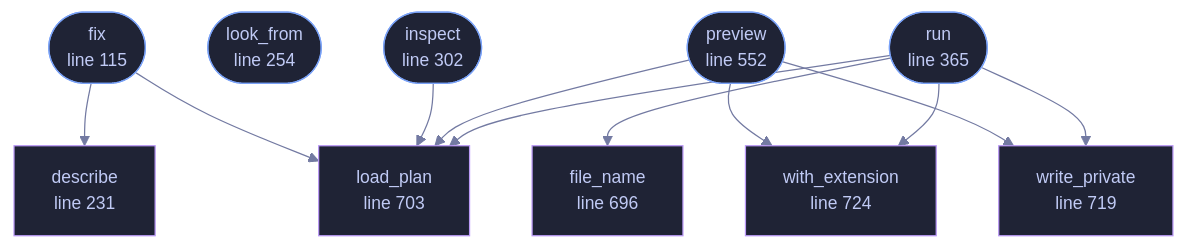
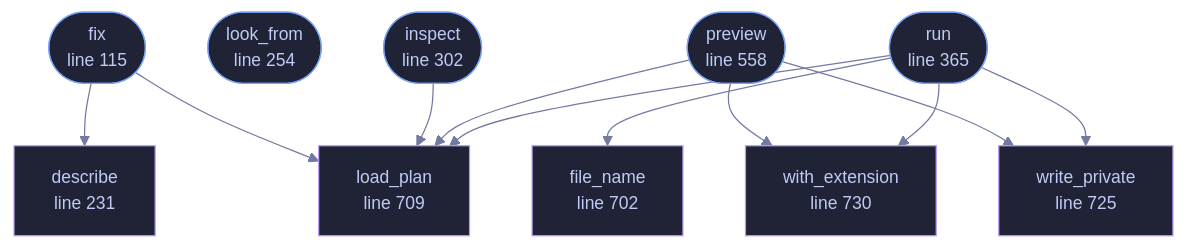
The diagram in docs/files/veilvoice-cli/conversation.md (tilas01/veilvoice), drawn with Mermaid before and after one commit. The commit also changed other lines of this file and 32 other files, not shown here.

````diff
--- a/docs/files/veilvoice-cli/conversation.md
+++ b/docs/files/veilvoice-cli/conversation.md
@@ -124,38 +124,38 @@
 ```mermaid
 %%{init: {"theme":"base","themeVariables":{"background":"#1a1b26","primaryColor":"#1f2335","primaryTextColor":"#c0caf5","primaryBorderColor":"#7aa2f7","secondaryColor":"#16161e","tertiaryColor":"#16161e","lineColor":"#737aa2","textColor":"#c0caf5","mainBkg":"#1f2335","nodeBorder":"#7aa2f7","clusterBkg":"#16161e","clusterBorder":"#2f3549","fontFamily":"ui-monospace, SFMono-Regular, Consolas, monospace","fontSize":"14px"}}}%%
 flowchart TD
     n_fix(["fix<br/>line 115"])
     n_describe["describe<br/>line 231"]
     n_look_from(["look_from<br/>line 254"])
     n_inspect(["inspect<br/>line 302"])
     n_run(["run<br/>line 365"])
-    n_preview(["preview<br/>line 552"])
-    n_file_name["file_name<br/>line 696"]
-    n_load_plan["load_plan<br/>line 703"]
-    n_write_private["write_private<br/>line 719"]
-    n_with_extension["with_extension<br/>line 724"]
+    n_preview(["preview<br/>line 558"])
+    n_file_name["file_name<br/>line 702"]
+    n_load_plan["load_plan<br/>line 709"]
+    n_write_private["write_private<br/>line 725"]
+    n_with_extension["with_extension<br/>line 730"]
     n_fix --> n_describe
     n_fix --> n_load_plan
     n_inspect --> n_load_plan
     n_preview --> n_load_plan
     n_preview --> n_with_extension
     n_preview --> n_write_private
     n_run --> n_file_name
     n_run --> n_load_plan
     n_run --> n_with_extension
     n_run --> n_write_private
     click n_fix href "https://github.com/tilas01/veilvoice/blob/main/crates/veilvoice-cli/src/conversation.rs#L115" "open the source"
     click n_describe href "https://github.com/tilas01/veilvoice/blob/main/crates/veilvoice-cli/src/conversation.rs#L231" "open the source"
     click n_look_from href "https://github.com/tilas01/veilvoice/blob/main/crates/veilvoice-cli/src/conversation.rs#L254" "open the source"
     click n_inspect href "https://github.com/tilas01/veilvoice/blob/main/crates/veilvoice-cli/src/conversation.rs#L302" "open the source"
     click n_run href "https://github.com/tilas01/veilvoice/blob/main/crates/veilvoice-cli/src/conversation.rs#L365" "open the source"
-    click n_preview href "https://github.com/tilas01/veilvoice/blob/main/crates/veilvoice-cli/src/conversation.rs#L552" "open the source"
-    click n_file_name href "https://github.com/tilas01/veilvoice/blob/main/crates/veilvoice-cli/src/conversation.rs#L696" "open the source"
-    click n_load_plan href "https://github.com/tilas01/veilvoice/blob/main/crates/veilvoice-cli/src/conversation.rs#L703" "open the source"
-    click n_write_private href "https://github.com/tilas01/veilvoice/blob/main/crates/veilvoice-cli/src/conversation.rs#L719" "open the source"
-    click n_with_extension href "https://github.com/tilas01/veilvoice/blob/main/crates/veilvoice-cli/src/conversation.rs#L724" "open the source"
+    click n_preview href "https://github.com/tilas01/veilvoice/blob/main/crates/veilvoice-cli/src/conversation.rs#L558" "open the source"
+    click n_file_name href "https://github.com/tilas01/veilvoice/blob/main/crates/veilvoice-cli/src/conversation.rs#L702" "open the source"
+    click n_load_plan href "https://github.com/tilas01/veilvoice/blob/main/crates/veilvoice-cli/src/conversation.rs#L709" "open the source"
+    click n_write_private href "https://github.com/tilas01/veilvoice/blob/main/crates/veilvoice-cli/src/conversation.rs#L725" "open the source"
+    click n_with_extension href "https://github.com/tilas01/veilvoice/blob/main/crates/veilvoice-cli/src/conversation.rs#L730" "open the source"
     classDef entry fill:#1f2335,stroke:#7aa2f7,color:#c0caf5
     class n_fix,n_look_from,n_inspect,n_run,n_preview entry
     classDef helper fill:#1f2335,stroke:#bb9af7,color:#c0caf5
     class n_describe,n_file_name,n_load_plan,n_write_private,n_with_extension helper
 ```
````
